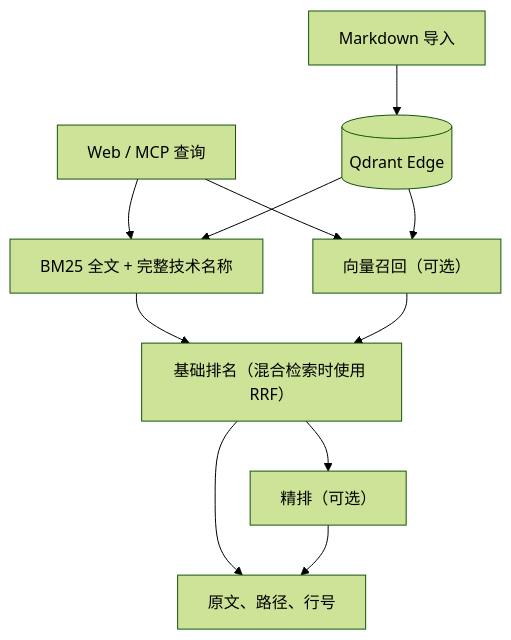
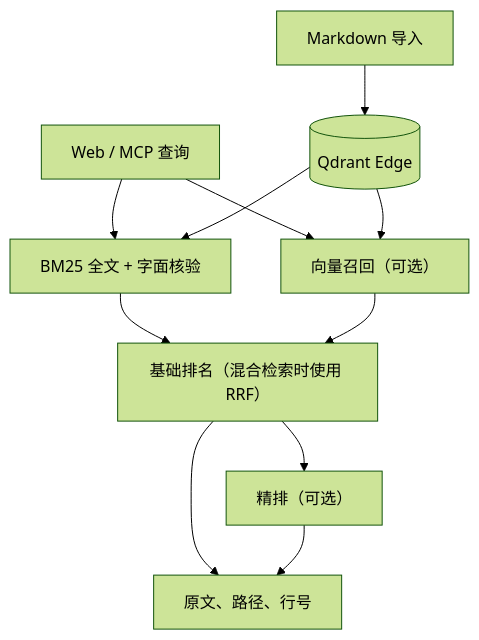
Before and after one commit to jchanghong023/rust-knowledge-server: the diagram in openspec/changes/add-standalone-knowledge-server/design.md, drawn with Mermaid (forest theme). The commit also changed other lines of this file and 20 other files, not shown here.

````diff
--- a/openspec/changes/add-standalone-knowledge-server/design.md
+++ b/openspec/changes/add-standalone-knowledge-server/design.md
@@ -9,13 +9,13 @@
 ```mermaid
 flowchart TD
     Import["Markdown 导入"] --> Edge[("Qdrant Edge")]
-    Query["Web / MCP 查询"] --> BM25["BM25 全文 + 完整技术名称"]
+    Query["Web / MCP 查询"] --> BM25["BM25 全文 + 字面核验"]
     Query --> Vector["向量召回（可选）"]
     Edge --> BM25
     Edge --> Vector
     BM25 --> Rank["基础排名（混合检索时使用 RRF）"]
     Vector --> Rank
     Rank --> Rerank["精排（可选）"]
     Rank --> Evidence["原文、路径、行号"]
     Rerank --> Evidence
 ```
````
